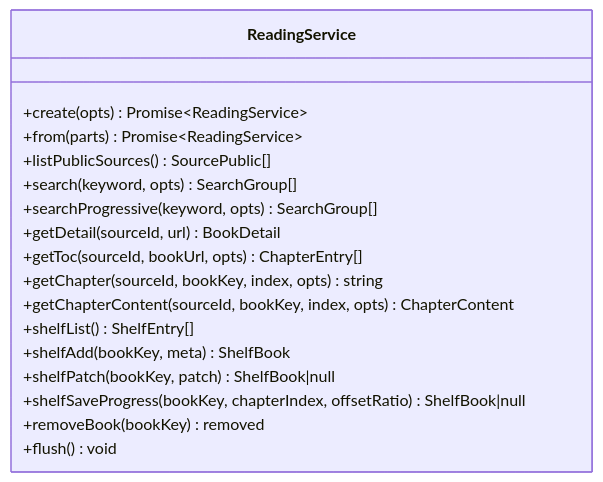
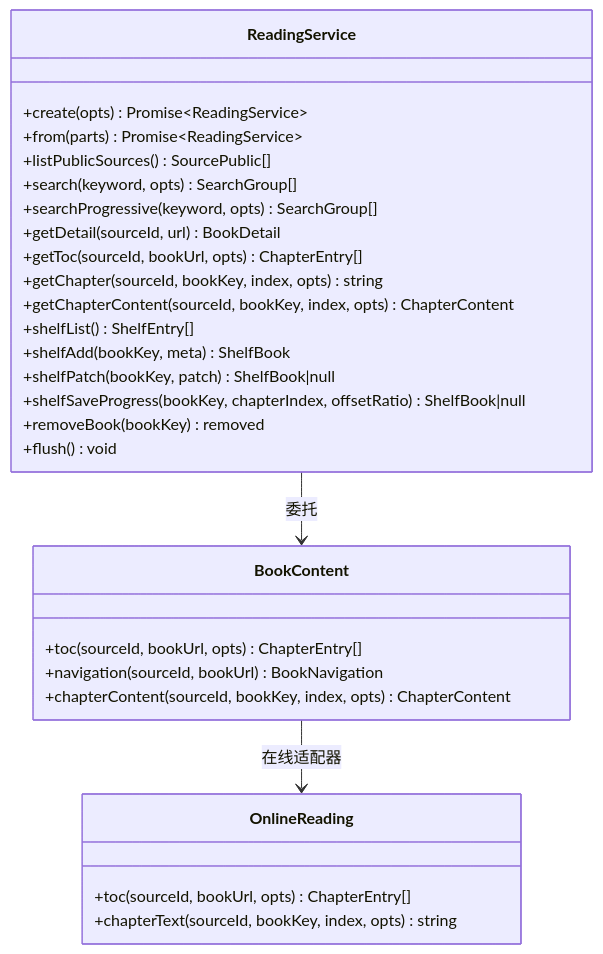
Before and after one commit to xrn1997/dsh-novel: the second of 12 diagrams in .qoder/repowiki/zh/content/核心模块详解/阅读服务门面.md, drawn with Mermaid. The commit also changed other lines of this file and 30 other files, not shown here.

````diff
--- a/.qoder/repowiki/zh/content/核心模块详解/阅读服务门面.md
+++ b/.qoder/repowiki/zh/content/核心模块详解/阅读服务门面.md
@@ -75,20 +103,31 @@
 ```mermaid
 classDiagram
   class ReadingService {
     +create(opts) Promise~ReadingService~
     +from(parts) Promise~ReadingService~
     +listPublicSources() SourcePublic[]
     +search(keyword, opts) SearchGroup[]
     +searchProgressive(keyword, opts) SearchGroup[]
     +getDetail(sourceId, url) BookDetail
     +getToc(sourceId, bookUrl, opts) ChapterEntry[]
     +getChapter(sourceId, bookKey, index, opts) string
     +getChapterContent(sourceId, bookKey, index, opts) ChapterContent
     +shelfList() ShelfEntry[]
     +shelfAdd(bookKey, meta) ShelfBook
     +shelfPatch(bookKey, patch) ShelfBook|null
     +shelfSaveProgress(bookKey, chapterIndex, offsetRatio) ShelfBook|null
     +removeBook(bookKey) removed
     +flush() void
   }
+  class BookContent {
+    +toc(sourceId, bookUrl, opts) ChapterEntry[]
+    +navigation(sourceId, bookUrl) BookNavigation
+    +chapterContent(sourceId, bookKey, index, opts) ChapterContent
+  }
+  class OnlineReading {
+    +toc(sourceId, bookUrl, opts) ChapterEntry[]
+    +chapterText(sourceId, bookKey, index, opts) string
+  }
+  ReadingService --> BookContent : 委托
+  BookContent --> OnlineReading : 在线适配器
 ```
````
